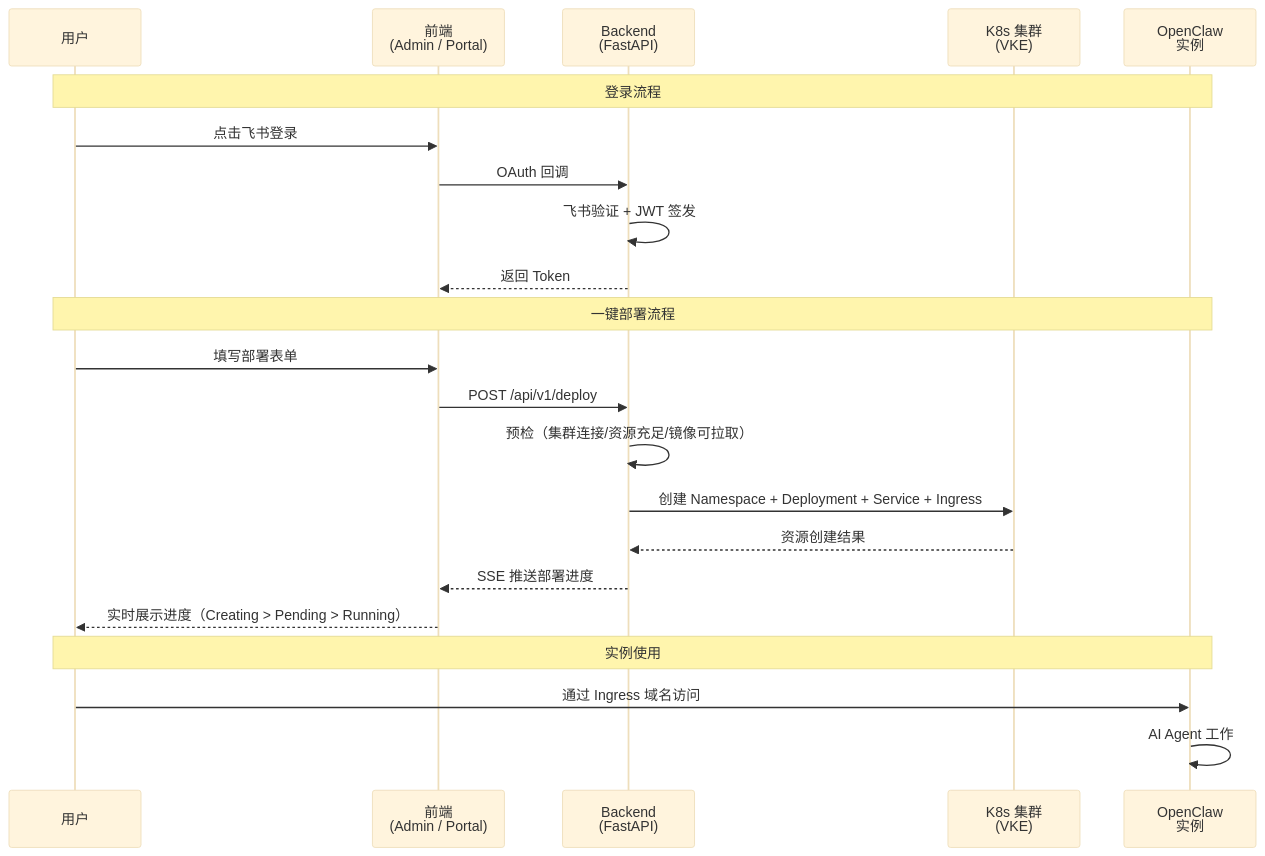
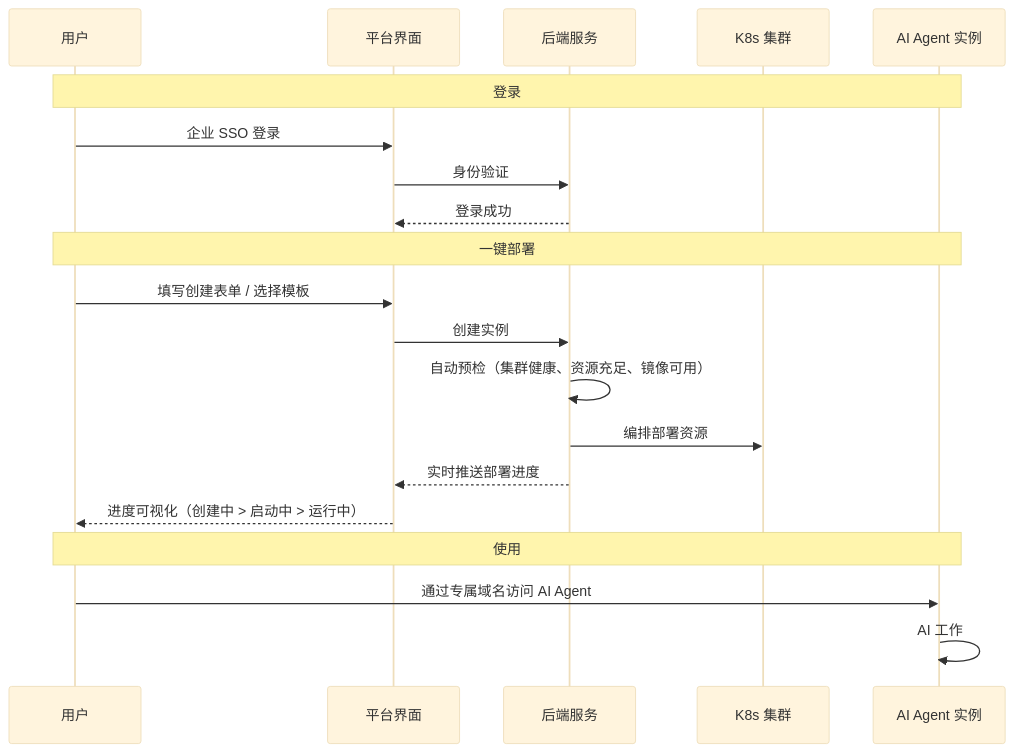
One commit to NoDeskAI/nodeskclaw changed the third of 4 diagrams in docs/项目介绍文档.md. Above: the diagram before and after it, drawn with Mermaid (base theme). The commit also changed other lines of this file, not shown here.

````diff
--- a/docs/项目介绍文档.md
+++ b/docs/项目介绍文档.md
@@ -123,27 +142,25 @@
 ```mermaid
 sequenceDiagram
     participant U as 用户
-    participant F as 前端<br/>(Admin / Portal)
-    participant B as Backend<br/>(FastAPI)
-    participant K as K8s 集群<br/>(VKE)
-    participant O as OpenClaw<br/>实例
+    participant P as 平台界面
+    participant S as 后端服务
+    participant K as K8s 集群
+    participant A as AI Agent 实例
 
-    Note over U,O: 登录流程
-    U->>F: 点击飞书登录
-    F->>B: OAuth 回调
-    B->>B: 飞书验证 + JWT 签发
-    B-->>F: 返回 Token
+    Note over U,A: 登录
+    U->>P: 企业 SSO 登录
+    P->>S: 身份验证
+    S-->>P: 登录成功
 
-    Note over U,O: 一键部署流程
-    U->>F: 填写部署表单
-    F->>B: POST /api/v1/deploy
-    B->>B: 预检（集群连接/资源充足/镜像可拉取）
-    B->>K: 创建 Namespace + Deployment + Service + Ingress
-    K-->>B: 资源创建结果
-    B-->>F: SSE 推送部署进度
-    F-->>U: 实时展示进度（Creating > Pending > Running）
+    Note over U,A: 一键部署
+    U->>P: 填写创建表单 / 选择模板
+    P->>S: 创建实例
+    S->>S: 自动预检（集群健康、资源充足、镜像可用）
+    S->>K: 编排部署资源
+    S-->>P: 实时推送部署进度
+    P-->>U: 进度可视化（创建中 > 启动中 > 运行中）
 
-    Note over U,O: 实例使用
-    U->>O: 通过 Ingress 域名访问
-    O->>O: AI Agent 工作
+    Note over U,A: 使用
+    U->>A: 通过专属域名访问 AI Agent
+    A->>A: AI 工作
 ```
````
